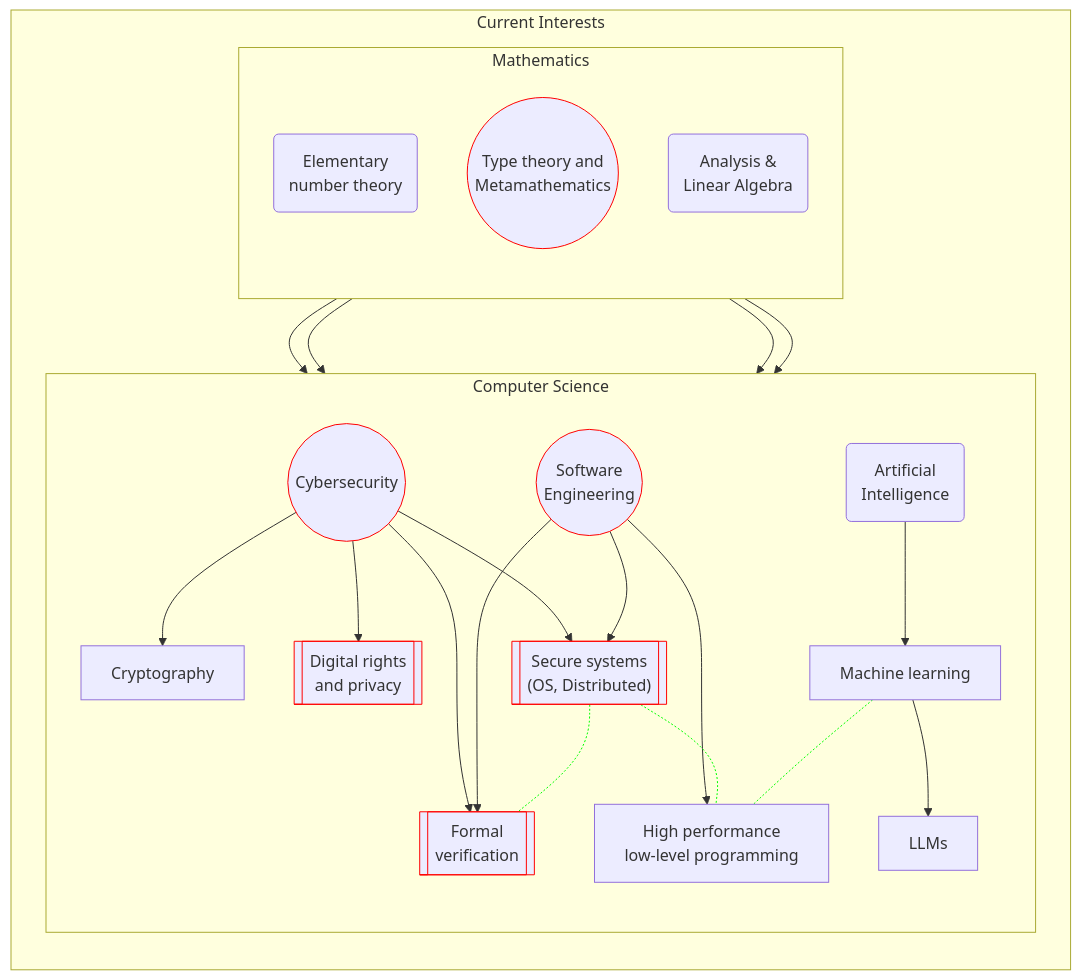
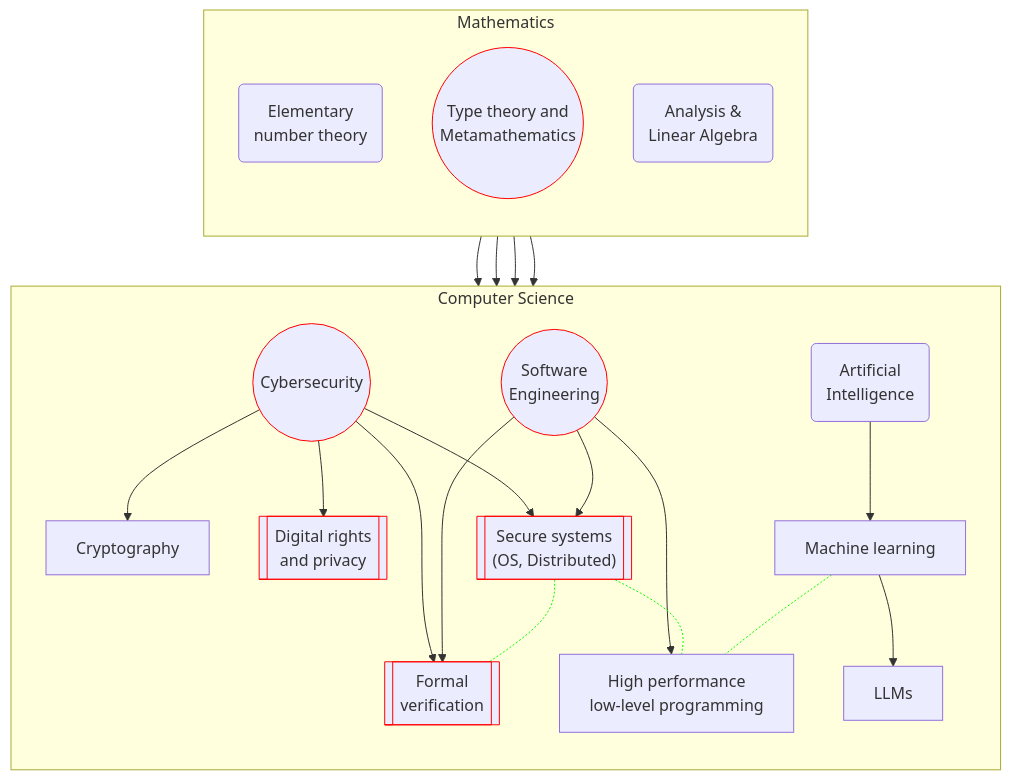
Before and after one commit to guanyuming-he/guanyuming-he: the diagram in README.md, drawn with Mermaid.

````diff
--- a/README.md
+++ b/README.md
@@ -5,51 +5,48 @@
 ```mermaid
 flowchart TD
-	subgraph "Current Interests"
+	%% Primary general topic, general topic, primary subtopic, subtopic,
+	%% respectively
+	classDef gen-pri	shape:dbl-circ,stroke:#f00
+	classDef gen		shape:circle
+	classDef sub-pri	shape:subproc,stroke:#f00
+	classDef sub		shape:rect
+
+	%% Left side: CS
+	subgraph "Computer Science"
 		direction TD
-		%% Primary general topic, general topic, primary subtopic, subtopic,
-		%% respectively
-		classDef gen-pri	shape:dbl-circ,stroke:#f00
-		classDef gen		shape:circle
-		classDef sub-pri	shape:subproc,stroke:#f00
-		classDef sub		shape:rect
-	
-		%% Left side: CS
-		subgraph "Computer Science"
-			direction TD
-			%% General directions
-			CY((Cybersecurity)):::gen-pri
-			SE((Software\n Engineering)):::gen-pri
-			AI(Artificial\n Intelligence):::gen
-	
-			%% Cybersecurity branches
-			CY --> CR[Cryptography]:::sub
-			CY --> DR[["Digital rights\n and privacy"]]:::sub-pri
-			CY --> SS[["Secure systems\n (OS, Distributed)"]]:::sub-pri
-			CY --> FV[["Formal \nverification"]]:::sub-pri
-			SE --> SS
-			SE --> FV
-			SE --> HP["High performance \n low-level programming"]:::sub
-			AI --> ML["Machine learning"]:::sub -->
-			LLM["LLMs"]:::sub
-	
-			SS -.- HP
-			ML -.- HP
-			SS -.- FV
-			%% Change link color
-			linkStyle 9,10,11 stroke:#0f0 
-		end
-	
-		%% Right side: Math
-		subgraph Mathematics
-			direction BT
-			EN(Elementary \nnumber theory):::gen
-			TT((Type theory and\n Metamathematics)):::gen-pri
-			AL(Analysis & \nLinear Algebra):::gen
-	
-			EN --> CR
-			TT --> FV
-			AL --> ML
-			AL --> HP
-		end
+		%% General directions
+		CY((Cybersecurity)):::gen-pri
+		SE((Software\n Engineering)):::gen-pri
+		AI(Artificial\n Intelligence):::gen
+
+		%% Cybersecurity branches
+		CY --> CR[Cryptography]:::sub
+		CY --> DR[["Digital rights\n and privacy"]]:::sub-pri
+		CY --> SS[["Secure systems\n (OS, Distributed)"]]:::sub-pri
+		CY --> FV[["Formal \nverification"]]:::sub-pri
+		SE --> SS
+		SE --> FV
+		SE --> HP["High performance \n low-level programming"]:::sub
+		AI --> ML["Machine learning"]:::sub -->
+		LLM["LLMs"]:::sub
+
+		SS -.- HP
+		ML -.- HP
+		SS -.- FV
+		%% Change link color
+		linkStyle 9,10,11 stroke:#0f0 
+	end
+
+	%% Right side: Math
+	subgraph Mathematics
+		direction BT
+		EN(Elementary \nnumber theory):::gen
+		TT((Type theory and\n Metamathematics)):::gen-pri
+		AL(Analysis & \nLinear Algebra):::gen
+
+		EN --> CR
+		TT --> FV
+		AL --> ML
+		AL --> HP
 	end
 ```
````
